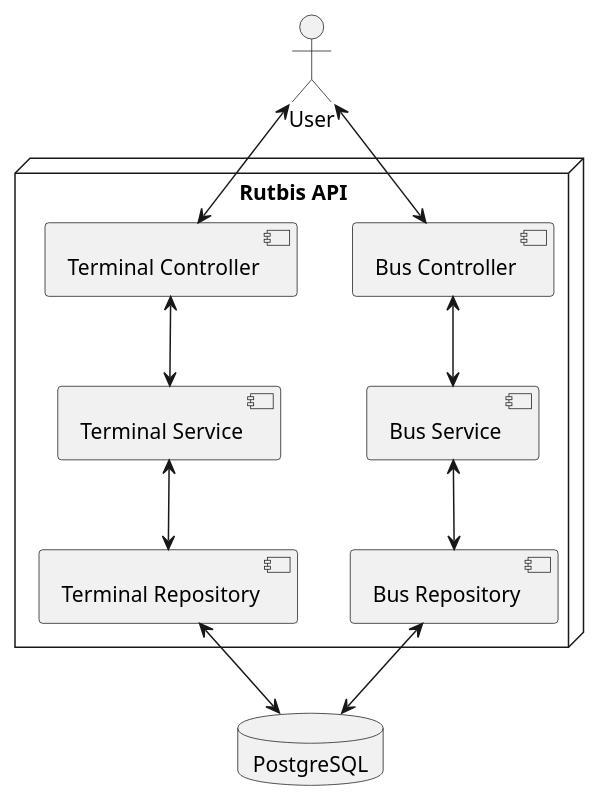
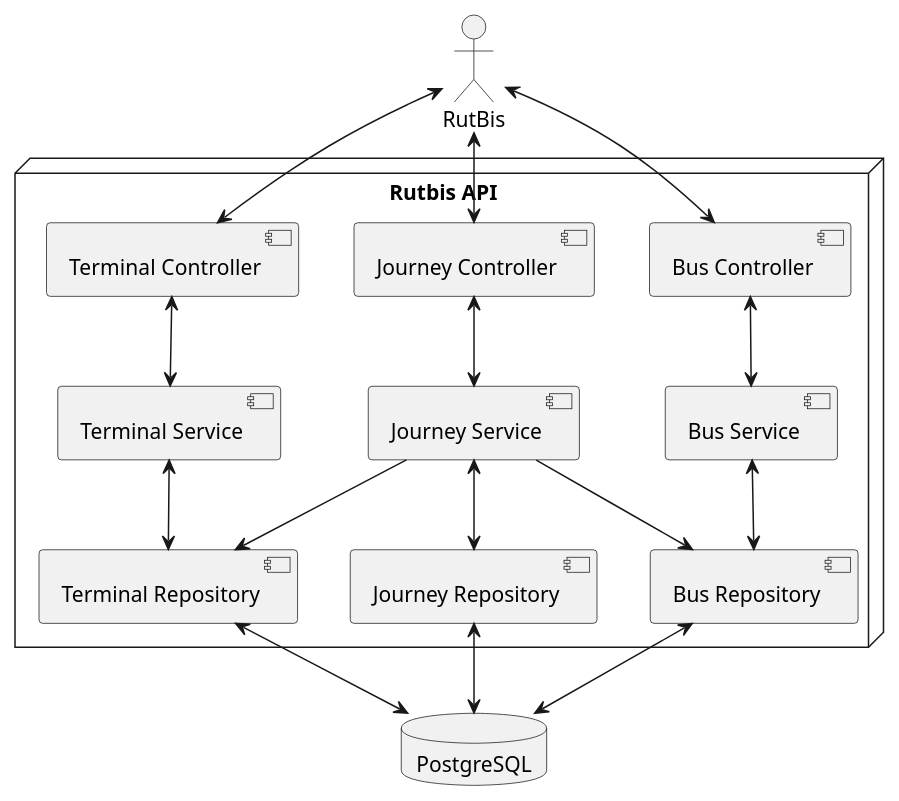
One commit to neddy1298/rutbis-api changed the diagram in system-design.puml. Above: the diagram before and after it, drawn with PlantUML.

Commit message:
update design

```diff
--- a/system-design.puml
+++ b/system-design.puml
@@ -1,27 +1,38 @@
 @startuml
 
-actor "User" as user
+actor "RutBis" as rubis
+
 node "Rutbis API" {
     component "Bus Controller" as busController
     component "Bus Service" as busService
     component "Bus Repository" as busRepository
+
+    component "Journey Controller" as journeyController
+    component "Journey Service" as journeyService
+    component "Journey Repository" as journeyRepository
 
     component "Terminal Controller" as terminalController
     component "Terminal Service" as terminalService
     component "Terminal Repository" as terminalRepository
 }
 
 database "PostgreSQL" as database
 
-user <--> busController
+rubis <--> busController
 busController <--> busService
 busService <--> busRepository
 busRepository <--> database
 
+rubis <--> journeyController
+journeyController <--> journeyService
+journeyService <--> journeyRepository
+journeyService --> terminalRepository
+journeyService --> busRepository
+journeyRepository <--> database
 
-user <--> terminalController
+rubis <--> terminalController
 terminalController <--> terminalService
 terminalService <--> terminalRepository
 terminalRepository <--> database
 
 @enduml
```
